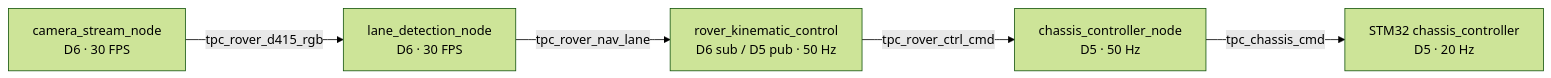
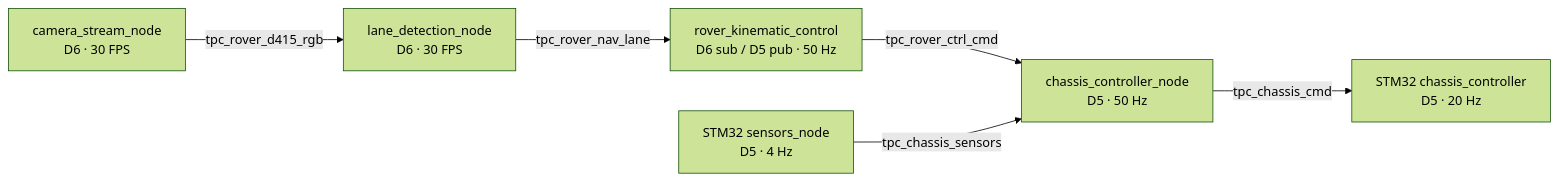
Before and after one commit to RoboticsGG/almondmatcha: the second of 2 diagrams in docs/ARCHITECTURE.md, drawn with Mermaid (forest theme). The commit also changed other lines of this file and 11 other files, not shown here.

````diff
--- a/docs/ARCHITECTURE.md
+++ b/docs/ARCHITECTURE.md
@@ -164,7 +164,8 @@
 ```mermaid
 flowchart LR
     CAM["camera_stream_node\nD6 · 30 FPS"] -->|tpc_rover_d415_rgb| LANE["lane_detection_node\nD6 · 30 FPS"]
     LANE -->|tpc_rover_nav_lane| CTRL["rover_kinematic_control\nD6 sub / D5 pub · 50 Hz"]
     CTRL -->|tpc_rover_ctrl_cmd| CC["chassis_controller_node\nD5 · 50 Hz"]
     CC -->|tpc_chassis_cmd| MTR["STM32 chassis_controller\nD5 · 20 Hz"]
+    SNS["STM32 sensors_node\nD5 · 4 Hz"] -->|tpc_chassis_sensors| CC
 ```
````
